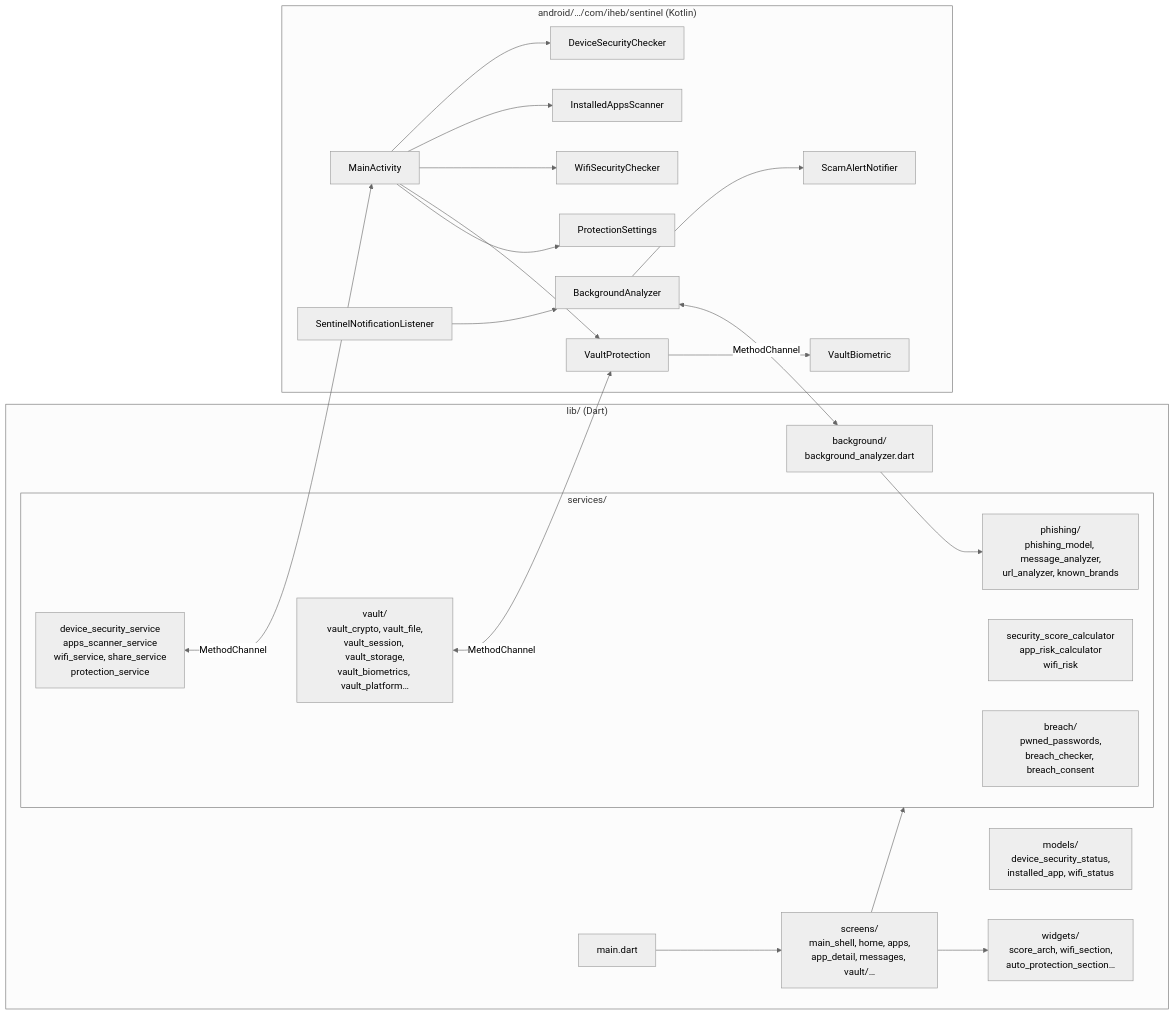
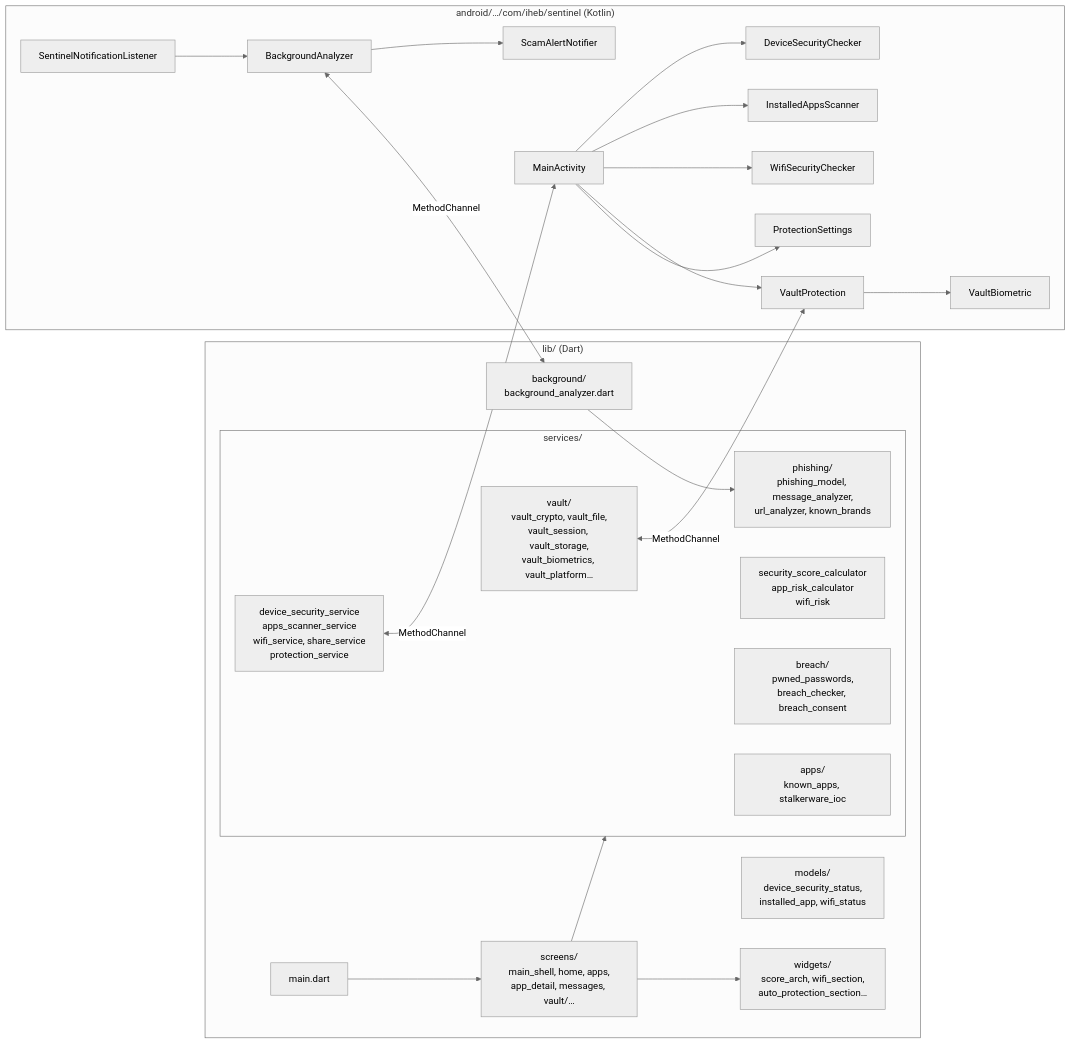
The first of 5 diagrams in docs/ARCHITECTURE.md (Ihebnsir/sentinel), drawn with Mermaid (neutral theme) before and after one commit. The commit also changed other lines of this file and 22 other files, not shown here.

Commit message:
Détection apps falsifiées (signatures) + stalkerware (IOC Echap CC BY 4.0), 258 tests

````diff
--- a/docs/ARCHITECTURE.md
+++ b/docs/ARCHITECTURE.md
@@ -11,40 +11,41 @@
 ```mermaid
 flowchart LR
   subgraph Dart["lib/ (Dart)"]
     main["main.dart"]
     screens["screens/<br/>main_shell, home, apps,<br/>app_detail, messages, vault/…"]
     widgets["widgets/<br/>score_arch, wifi_section,<br/>auto_protection_section…"]
     models["models/<br/>device_security_status,<br/>installed_app, wifi_status"]
     subgraph services["services/"]
       calc["security_score_calculator<br/>app_risk_calculator<br/>wifi_risk"]
       phishing["phishing/<br/>phishing_model, message_analyzer,<br/>url_analyzer, known_brands"]
       vault["vault/<br/>vault_crypto, vault_file,<br/>vault_session, vault_storage,<br/>vault_biometrics, vault_platform…"]
       breach["breach/<br/>pwned_passwords,<br/>breach_checker, breach_consent"]
+      appsdb["apps/<br/>known_apps, stalkerware_ioc"]
       bridges["device_security_service<br/>apps_scanner_service<br/>wifi_service, share_service<br/>protection_service"]
     end
     background["background/<br/>background_analyzer.dart"]
   end
 
   subgraph Kotlin["android/…/com/iheb/sentinel (Kotlin)"]
     activity["MainActivity"]
     dev["DeviceSecurityChecker"]
     apps["InstalledAppsScanner"]
     wifi["WifiSecurityChecker"]
     vp["VaultProtection"]
     bio["VaultBiometric"]
     listener["SentinelNotificationListener"]
     bg["BackgroundAnalyzer"]
     notif["ScamAlertNotifier"]
     prefs["ProtectionSettings"]
   end
 
   main --> screens --> widgets
   screens --> services
   bridges <-->|MethodChannel| activity
   vault <-->|MethodChannel| vp
   activity --> dev & apps & wifi & vp & prefs
   vp --> bio
   listener --> bg --> notif
   bg <-->|MethodChannel| background
   background --> phishing
 ```
````
